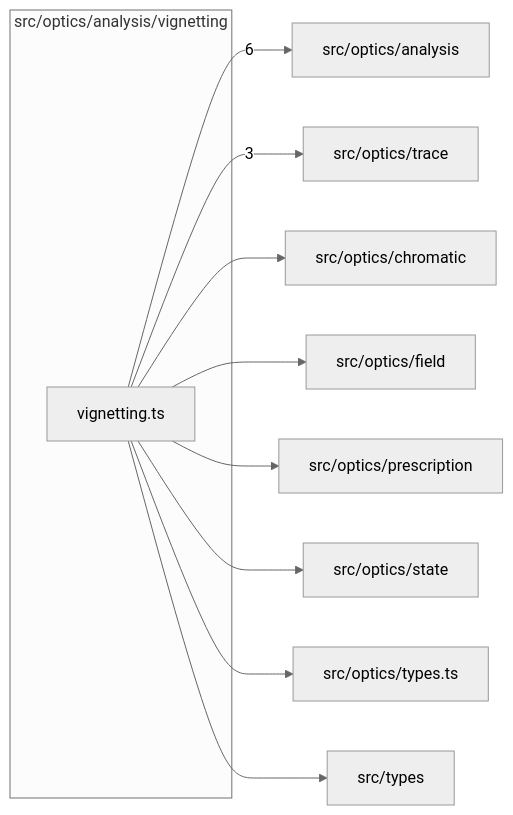
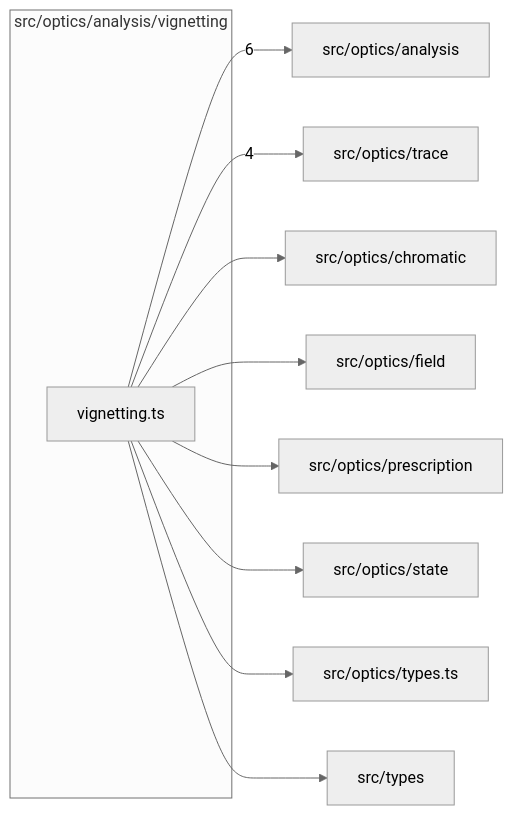
The diagram in src/optics/analysis/vignetting/readme.md (ronbuening/LensVisualizer), drawn with Mermaid (neutral theme) before and after one commit. The commit also changed other lines of this file and 7 other files, not shown here.

````diff
--- a/src/optics/analysis/vignetting/readme.md
+++ b/src/optics/analysis/vignetting/readme.md
@@ -9,22 +9,22 @@
 ```mermaid
 flowchart LR
   subgraph n_src_optics_analysis_vignetting["src/optics/analysis/vignetting"]
     n_src_optics_analysis_vignetting_src_optics_analysis_vignetting_vignetting_ts["vignetting.ts"]
   end
   n_external_src_optics_analysis["src/optics/analysis"]
   n_external_src_optics_trace["src/optics/trace"]
   n_external_src_optics_chromatic["src/optics/chromatic"]
   n_external_src_optics_field["src/optics/field"]
   n_external_src_optics_prescription["src/optics/prescription"]
   n_external_src_optics_state["src/optics/state"]
   n_external_src_optics_types_ts["src/optics/types.ts"]
   n_external_src_types["src/types"]
   n_src_optics_analysis_vignetting_src_optics_analysis_vignetting_vignetting_ts --> |6| n_external_src_optics_analysis
-  n_src_optics_analysis_vignetting_src_optics_analysis_vignetting_vignetting_ts --> |3| n_external_src_optics_trace
+  n_src_optics_analysis_vignetting_src_optics_analysis_vignetting_vignetting_ts --> |4| n_external_src_optics_trace
   n_src_optics_analysis_vignetting_src_optics_analysis_vignetting_vignetting_ts --> n_external_src_optics_chromatic
   n_src_optics_analysis_vignetting_src_optics_analysis_vignetting_vignetting_ts --> n_external_src_optics_field
   n_src_optics_analysis_vignetting_src_optics_analysis_vignetting_vignetting_ts --> n_external_src_optics_prescription
   n_src_optics_analysis_vignetting_src_optics_analysis_vignetting_vignetting_ts --> n_external_src_optics_state
   n_src_optics_analysis_vignetting_src_optics_analysis_vignetting_vignetting_ts --> n_external_src_optics_types_ts
   n_src_optics_analysis_vignetting_src_optics_analysis_vignetting_vignetting_ts --> n_external_src_types
 ```
````
